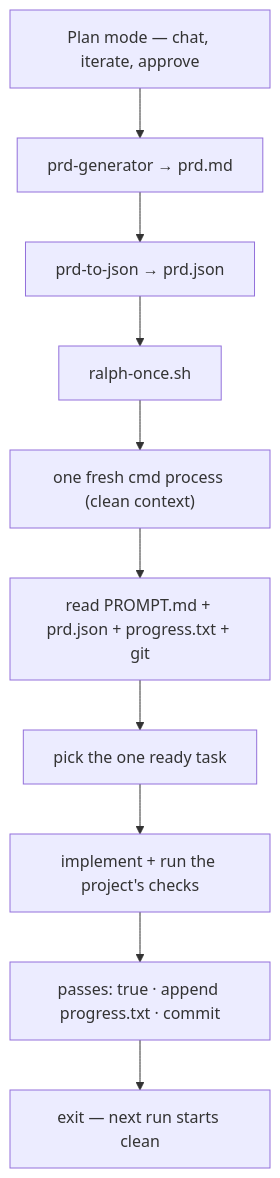
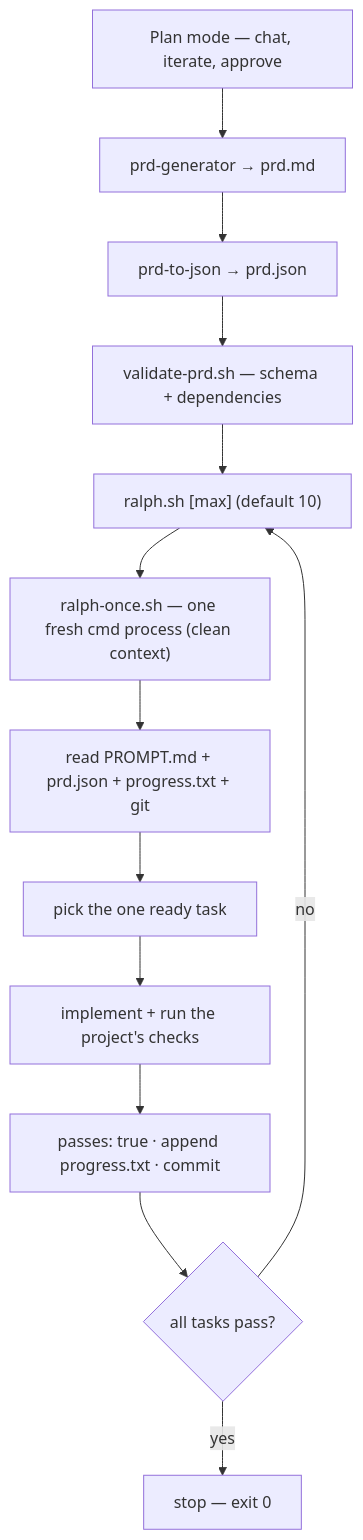
The diagram in README.md (mtahafarooq/ralph-loop), drawn with Mermaid before and after one commit. The commit also changed other lines of this file and 3 other files, not shown here.

First line of the commit message:
Add bounded Ralph loop and prd.json validator

````diff
--- a/README.md
+++ b/README.md
@@ -7,12 +7,15 @@
 ```mermaid
 flowchart TD
     plan["Plan mode — chat, iterate, approve"] --> prd["prd-generator → prd.md"]
     prd --> json["prd-to-json → prd.json"]
-    json --> once["ralph-once.sh"]
-    once --> fresh["one fresh cmd process (clean context)"]
-    fresh --> read["read PROMPT.md + prd.json + progress.txt + git"]
+    json --> validate["validate-prd.sh — schema + dependencies"]
+    validate --> loop["ralph.sh [max] (default 10)"]
+    loop --> once["ralph-once.sh — one fresh cmd process (clean context)"]
+    once --> read["read PROMPT.md + prd.json + progress.txt + git"]
     read --> pick["pick the one ready task"]
     pick --> work["implement + run the project's checks"]
     work --> save["passes: true · append progress.txt · commit"]
-    save --> out["exit — next run starts clean"]
+    save --> check{"all tasks pass?"}
+    check -- no --> loop
+    check -- yes --> done["stop — exit 0"]
 ```
````
